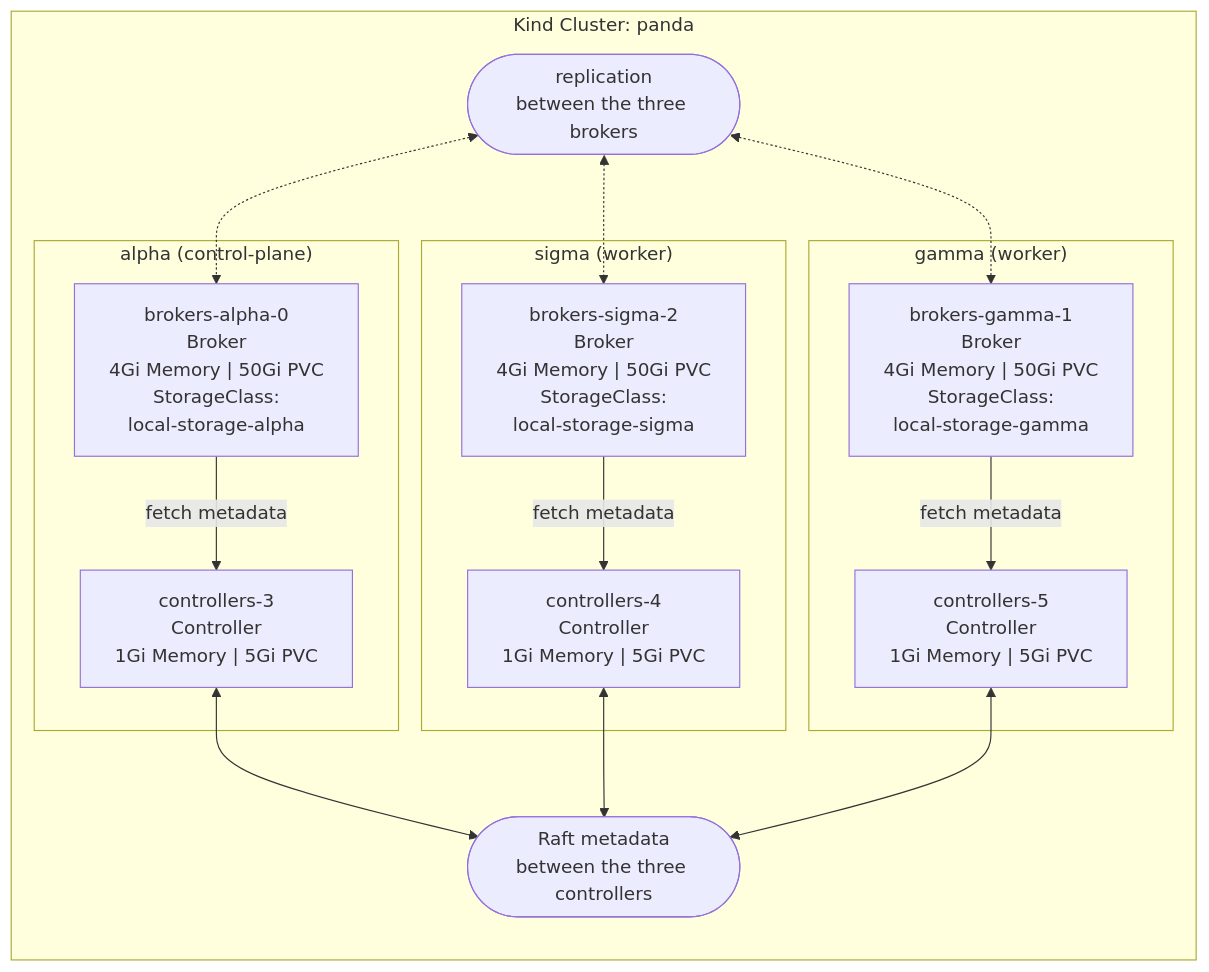
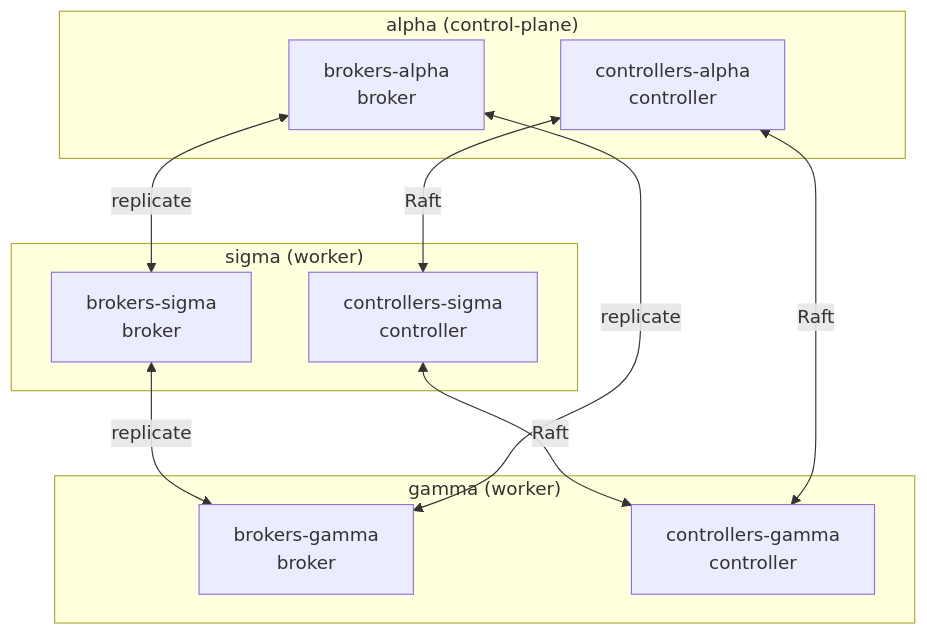
The first of 2 diagrams in docs/book/03-cluster.md (bmscomp/kates), drawn with Mermaid before and after one commit. The commit also changed other lines of this file and 52 other files, not shown here.

````diff
--- a/docs/book/03-cluster.md
+++ b/docs/book/03-cluster.md
@@ -47,35 +51,24 @@
 ```mermaid
 %%| label: fig-cluster-physical-topology
-%%| fig-cap: "Physical layout of the `krafter` cluster across the three `panda` Kind nodes (`alpha`, `sigma`, `gamma`), separating the broker replication plane from the KRaft controller quorum."
-%%| fig-alt: "Top-down topology diagram of the Kind cluster panda with three node subgraphs: alpha (control-plane) hosting brokers-alpha-0 and controllers-3, sigma (worker) hosting brokers-sigma-2 and controllers-4, and gamma (worker) hosting brokers-gamma-1 and controllers-5. The three brokers replicate partition data among themselves, fetch metadata from the controllers, and the three controllers maintain Raft metadata consensus."
+%%| fig-cap: "Every `panda` node runs one broker and one controller of `krafter`: brokers replicate records among themselves, controllers keep the metadata in their own quorum."
+%%| fig-alt: "Diagram of the three panda nodes. alpha (control-plane) runs the brokers-alpha broker and the controllers-alpha controller; sigma (worker) runs brokers-sigma and controllers-sigma; gamma (worker) runs brokers-gamma and controllers-gamma. The three brokers replicate between each other, and the three controllers keep Raft metadata between each other."
 graph TB
-    subgraph Kind["Kind Cluster: panda"]
-        direction TB
-        REP(["replication<br/>between the three brokers"])
-
-        subgraph Alpha["alpha (control-plane)"]
-            B0["brokers-alpha-0<br/>Broker<br/>4Gi Memory | 50Gi PVC<br/>StorageClass:<br/>local-storage-alpha"]
-            C3["controllers-3<br/>Controller<br/>1Gi Memory | 5Gi PVC"]
-        end
-
-        subgraph Sigma["sigma (worker)"]
-            B2["brokers-sigma-2<br/>Broker<br/>4Gi Memory | 50Gi PVC<br/>StorageClass:<br/>local-storage-sigma"]
-            C4["controllers-4<br/>Controller<br/>1Gi Memory | 5Gi PVC"]
-        end
-
-        subgraph Gamma["gamma (worker)"]
-            B1["brokers-gamma-1<br/>Broker<br/>4Gi Memory | 50Gi PVC<br/>StorageClass:<br/>local-storage-gamma"]
-            C5["controllers-5<br/>Controller<br/>1Gi Memory | 5Gi PVC"]
-        end
-
-        RAFT(["Raft metadata<br/>between the three controllers"])
+    subgraph Alpha["alpha (control-plane)"]
+        BA["brokers-alpha<br/>broker"]
+        CA["controllers-alpha<br/>controller"]
     end
-
-    REP <-.-> B0 & B2 & B1
-
-    B0 -->|"fetch metadata"| C3
-    B2 -->|"fetch metadata"| C4
-    B1 -->|"fetch metadata"| C5
-
-    C3 & C4 & C5 <--> RAFT
+    subgraph Sigma["sigma (worker)"]
+        BS["brokers-sigma<br/>broker"]
+        CS["controllers-sigma<br/>controller"]
+    end
+    subgraph Gamma["gamma (worker)"]
+        BG["brokers-gamma<br/>broker"]
+        CG["controllers-gamma<br/>controller"]
+    end
+    BA <-->|replicate| BS
+    BS <-->|replicate| BG
+    BA <-->|replicate| BG
+    CA <-->|Raft| CS
+    CS <-->|Raft| CG
+    CA <-->|Raft| CG
 ```
````
